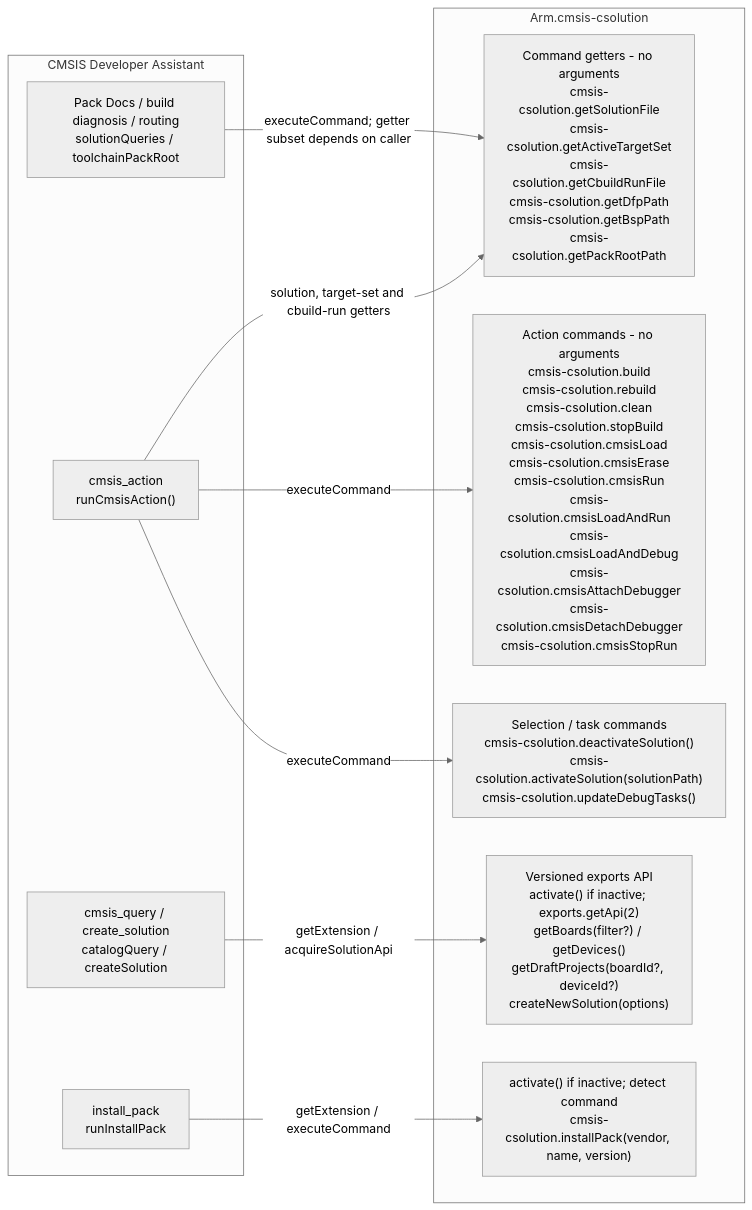
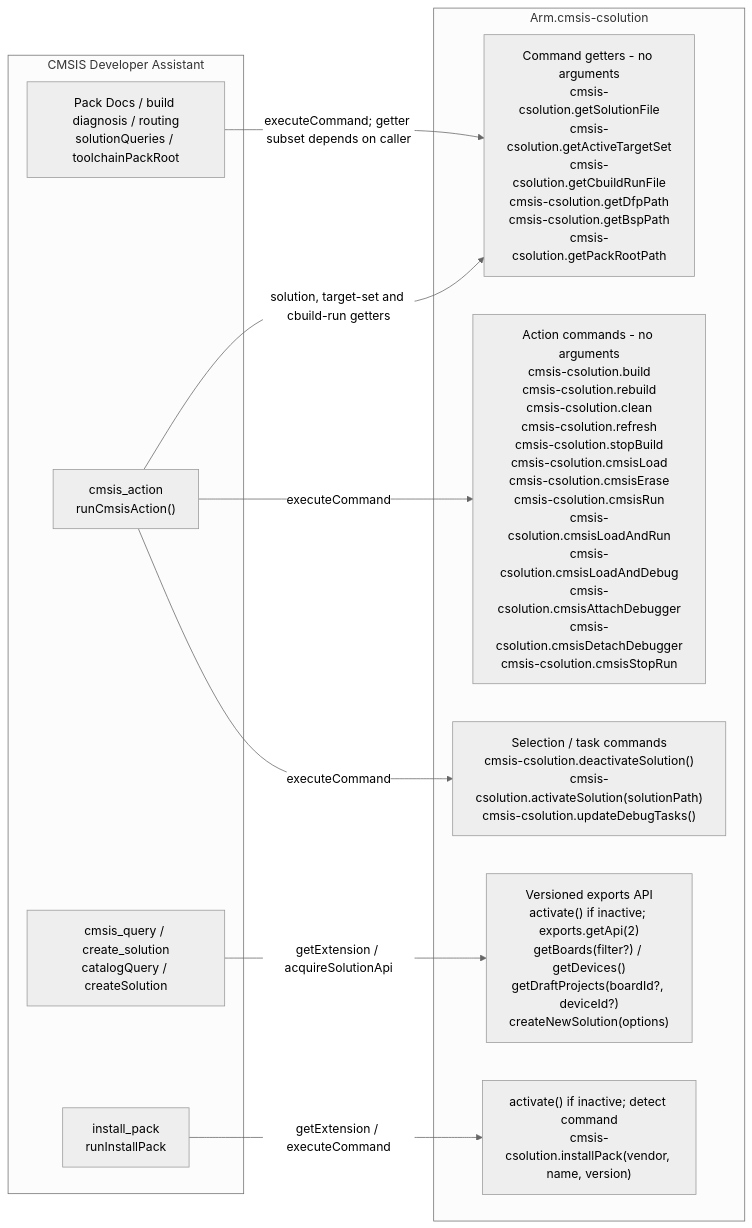
One commit to MatthiasHertelArm/CMSIS-Developer-Assistant changed the first of 2 diagrams in docs/proposals/extension-calls.md. Above: the diagram before and after it, drawn with Mermaid (neutral theme). The commit also changed other lines of this file and 76 other files, not shown here.

````diff
--- a/docs/proposals/extension-calls.md
+++ b/docs/proposals/extension-calls.md
@@ -17,22 +17,22 @@
 ```mermaid
 flowchart LR
     subgraph Caller["CMSIS Developer Assistant"]
         Actions["cmsis_action<br/>runCmsisAction()"]
         Context["Pack Docs / build diagnosis / routing<br/>solutionQueries / toolchainPackRoot"]
         Catalog["cmsis_query / create_solution<br/>catalogQuery / createSolution"]
         Install["install_pack<br/>runInstallPack"]
     end
     subgraph Solution["Arm.cmsis-csolution"]
         Getters["Command getters - no arguments<br/>cmsis-csolution.getSolutionFile<br/>cmsis-csolution.getActiveTargetSet<br/>cmsis-csolution.getCbuildRunFile<br/>cmsis-csolution.getDfpPath<br/>cmsis-csolution.getBspPath<br/>cmsis-csolution.getPackRootPath"]
-        ActionCommands["Action commands - no arguments<br/>cmsis-csolution.build<br/>cmsis-csolution.rebuild<br/>cmsis-csolution.clean<br/>cmsis-csolution.stopBuild<br/>cmsis-csolution.cmsisLoad<br/>cmsis-csolution.cmsisErase<br/>cmsis-csolution.cmsisRun<br/>cmsis-csolution.cmsisLoadAndRun<br/>cmsis-csolution.cmsisLoadAndDebug<br/>cmsis-csolution.cmsisAttachDebugger<br/>cmsis-csolution.cmsisDetachDebugger<br/>cmsis-csolution.cmsisStopRun"]
+        ActionCommands["Action commands - no arguments<br/>cmsis-csolution.build<br/>cmsis-csolution.rebuild<br/>cmsis-csolution.clean<br/>cmsis-csolution.refresh<br/>cmsis-csolution.stopBuild<br/>cmsis-csolution.cmsisLoad<br/>cmsis-csolution.cmsisErase<br/>cmsis-csolution.cmsisRun<br/>cmsis-csolution.cmsisLoadAndRun<br/>cmsis-csolution.cmsisLoadAndDebug<br/>cmsis-csolution.cmsisAttachDebugger<br/>cmsis-csolution.cmsisDetachDebugger<br/>cmsis-csolution.cmsisStopRun"]
         Setup["Selection / task commands<br/>cmsis-csolution.deactivateSolution()<br/>cmsis-csolution.activateSolution(solutionPath)<br/>cmsis-csolution.updateDebugTasks()"]
         Api["Versioned exports API<br/>activate() if inactive; exports.getApi(2)<br/>getBoards(filter?) / getDevices()<br/>getDraftProjects(boardId?, deviceId?)<br/>createNewSolution(options)"]
         PackInstall["activate() if inactive; detect command<br/>cmsis-csolution.installPack(vendor, name, version)"]
     end
     Actions -->|"executeCommand"| ActionCommands
     Actions -->|"solution, target-set and cbuild-run getters"| Getters
     Actions -->|"executeCommand"| Setup
     Context -->|"executeCommand; getter subset depends on caller"| Getters
     Catalog -->|"getExtension / acquireSolutionApi"| Api
     Install -->|"getExtension / executeCommand"| PackInstall
 ```
````
